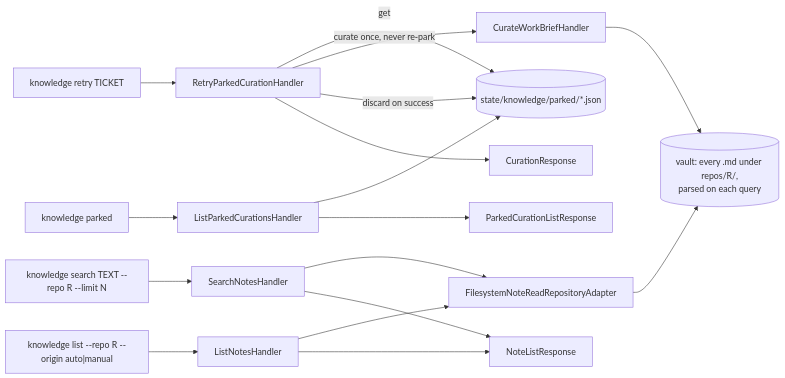
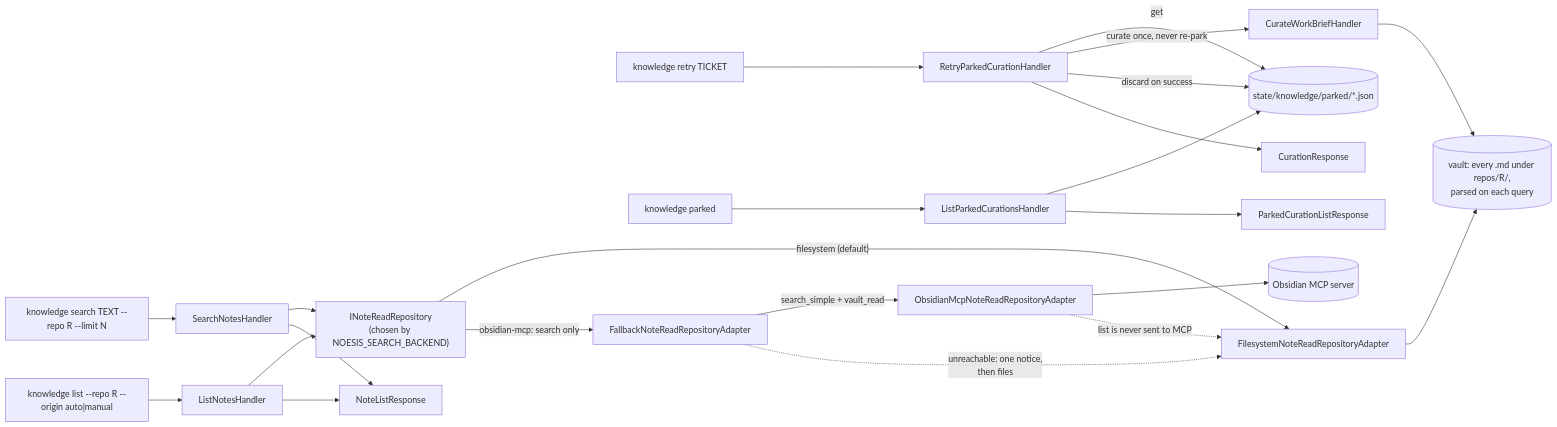
Before and after one commit to p-hzamora/noesis: the diagram in docs/workflows/knowledge.md, drawn with Mermaid. The commit also changed other lines of this file and 37 other files, not shown here.

First line of the commit message:
feat(knowledge): search notes through the Obsidian MCP when configured

````diff
--- a/docs/workflows/knowledge.md
+++ b/docs/workflows/knowledge.md
@@ -3,21 +3,27 @@
 ```mermaid
 flowchart LR
     retry["knowledge retry TICKET"] --> rh[RetryParkedCurationHandler]
     rh -->|get| q[("state/knowledge/parked/*.json")]
     rh -->|"curate once, never re-park"| ch[CurateWorkBriefHandler]
     rh -->|"discard on success"| q
 
     parked["knowledge parked"] --> ph[ListParkedCurationsHandler] --> q
 
     search["knowledge search TEXT --repo R --limit N"] --> sh[SearchNotesHandler]
     list["knowledge list --repo R --origin auto|manual"] --> lh[ListNotesHandler]
-    sh --> rr[FilesystemNoteReadRepositoryAdapter]
+    sh --> rr["INoteReadRepository<br/>(chosen by NOESIS_SEARCH_BACKEND)"]
     lh --> rr
-    rr --> vault[("vault: every .md under repos/R/,<br/>parsed on each query")]
+    rr -->|"filesystem (default)"| fs[FilesystemNoteReadRepositoryAdapter]
+    fs --> vault[("vault: every .md under repos/R/,<br/>parsed on each query")]
+    rr -->|"obsidian-mcp: search only"| fb[FallbackNoteReadRepositoryAdapter]
+    fb -->|"search_simple + vault_read"| mcp[ObsidianMcpNoteReadRepositoryAdapter]
+    mcp --> obs[("Obsidian MCP server")]
+    fb -.->|"unreachable: one notice,<br/>then files"| fs
+    mcp -.->|"list is never sent to MCP"| fs
 
     ch --> vault
     rh --> r1[CurationResponse]
     ph --> r2[ParkedCurationListResponse]
     sh --> r3[NoteListResponse]
     lh --> r3
 ```
````
